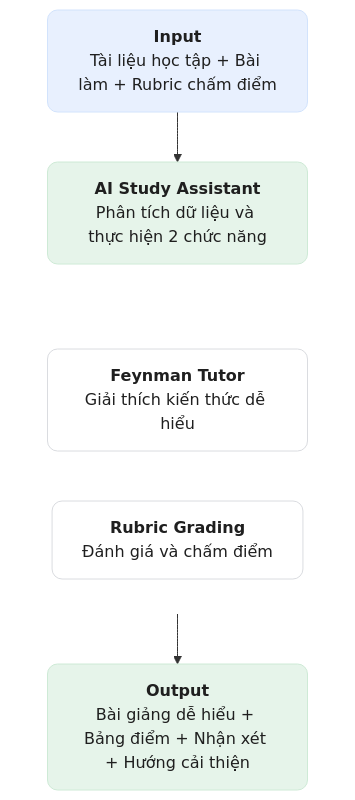
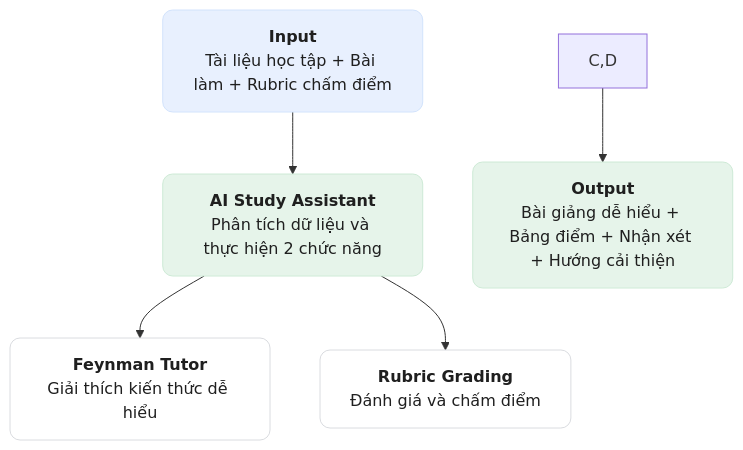
One commit to Duyanh2k8/HCM-KS26-CNTT1_PromptingAI_Session06_Ex01 changed the diagram in README.md. Above: the diagram before and after it, drawn with Mermaid.

````diff
--- a/README.md
+++ b/README.md
@@ -12,24 +12,19 @@
 ```mermaid
 flowchart TD
     A["<b>Input</b><br/>Tài liệu học tập + Bài làm + Rubric chấm điểm"]
     B["<b>AI Study Assistant</b><br/>Phân tích dữ liệu và thực hiện 2 chức năng"]
-
-    subgraph Functions [" "]
-        direction LR
-        C["<b>Feynman Tutor</b><br/>Giải thích kiến thức dễ hiểu"]
-        D["<b>Rubric Grading</b><br/>Đánh giá và chấm điểm"]
-    end
-
+    C["<b>Feynman Tutor</b><br/>Giải thích kiến thức dễ hiểu"]
+    D["<b>Rubric Grading</b><br/>Đánh giá và chấm điểm"]
     E["<b>Output</b><br/>Bài giảng dễ hiểu + Bảng điểm + Nhận xét + Hướng cải thiện"]
 
     A --> B
-    B ~~~ Functions
-    Functions --> E
+    B --> C
+    B --> D
+    C,D --> E
 
     style A fill:#e8f0fe,stroke:#d2e3fc,color:#1f1f1f,rx:10,ry:10
     style B fill:#e6f4ea,stroke:#ceead6,color:#1f1f1f,rx:10,ry:10
     style C fill:#ffffff,stroke:#dadce0,color:#1f1f1f,rx:10,ry:10
     style D fill:#ffffff,stroke:#dadce0,color:#1f1f1f,rx:10,ry:10
     style E fill:#e6f4ea,stroke:#ceead6,color:#1f1f1f,rx:10,ry:10
-    style Functions fill:transparent,stroke:transparent
 ```
````
